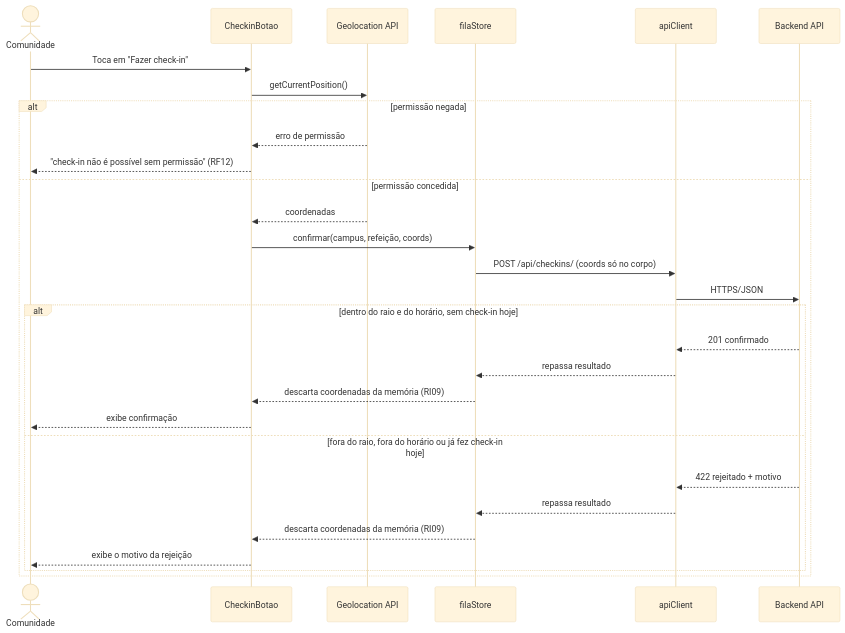
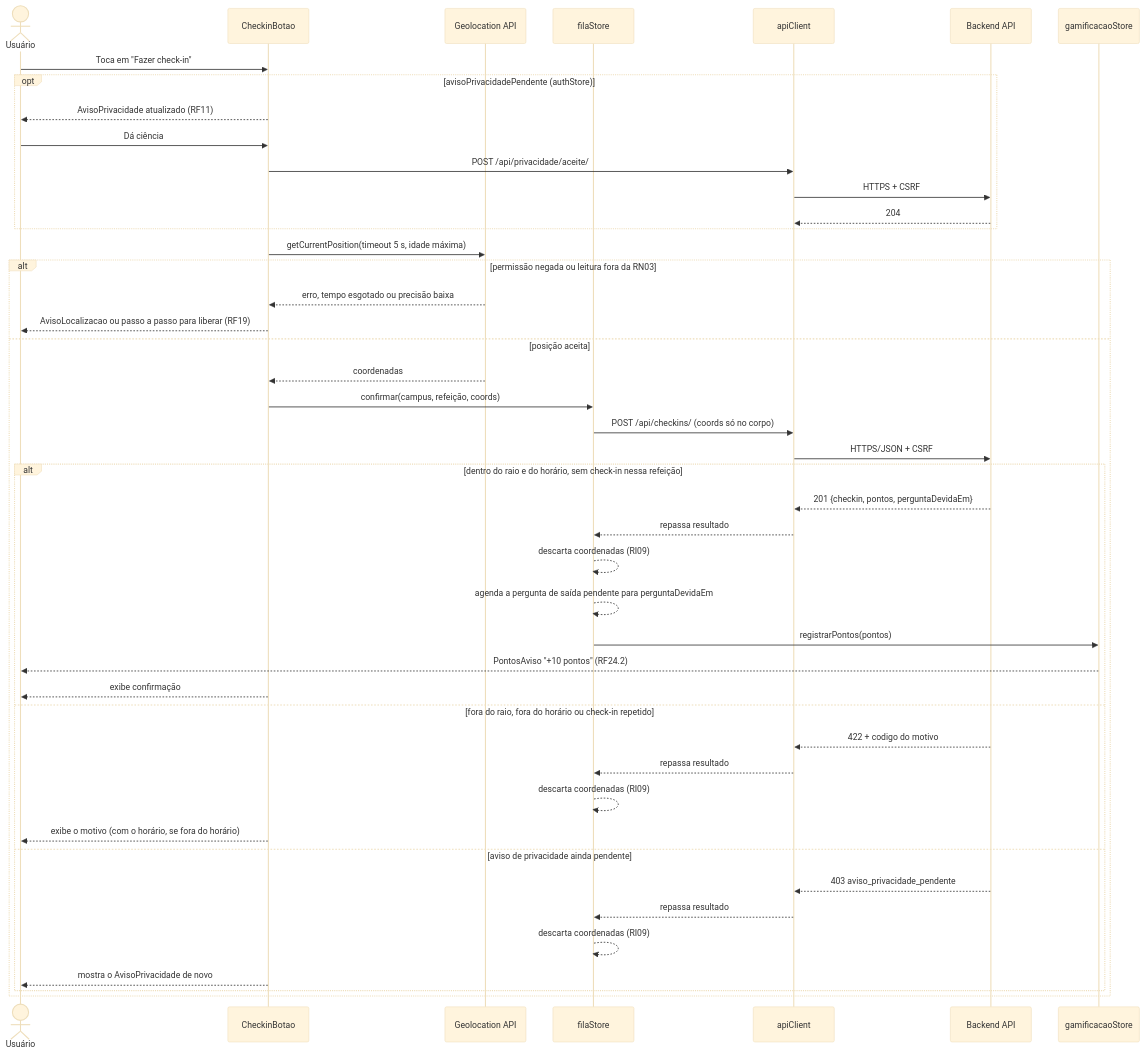
The seventh of 11 diagrams in docs/arquitetura/front-end/c4-niveis-3-4-frontend-bandejao.md (unb-mds/2026-2-Bandejao-UnB), drawn with Mermaid (base theme) before and after one commit. The commit also changed other lines of this file, not shown here.

````diff
--- a/docs/arquitetura/front-end/c4-niveis-3-4-frontend-bandejao.md
+++ b/docs/arquitetura/front-end/c4-niveis-3-4-frontend-bandejao.md
@@ -575,32 +701,48 @@
 ```mermaid
 sequenceDiagram
-  actor U as Comunidade
+  actor U as Usuário
   participant CB as CheckinBotao
   participant GEO as Geolocation API
   participant FS as filaStore
   participant AC as apiClient
   participant BE as Backend API
+  participant GS as gamificacaoStore
 
   U->>CB: Toca em "Fazer check-in"
-  CB->>GEO: getCurrentPosition()
-  alt permissão negada
-    GEO-->>CB: erro de permissão
-    CB-->>U: "check-in não é possível sem permissão" (RF12)
-  else permissão concedida
+  opt avisoPrivacidadePendente (authStore)
+    CB-->>U: AvisoPrivacidade atualizado (RF11)
+    U->>CB: Dá ciência
+    CB->>AC: POST /api/privacidade/aceite/
+    AC->>BE: HTTPS + CSRF
+    BE-->>AC: 204
+  end
+  CB->>GEO: getCurrentPosition(timeout 5 s, idade máxima)
+  alt permissão negada ou leitura fora da RN03
+    GEO-->>CB: erro, tempo esgotado ou precisão baixa
+    CB-->>U: AvisoLocalizacao ou passo a passo para liberar (RF19)
+  else posição aceita
     GEO-->>CB: coordenadas
     CB->>FS: confirmar(campus, refeição, coords)
     FS->>AC: POST /api/checkins/ (coords só no corpo)
-    AC->>BE: HTTPS/JSON
-    alt dentro do raio e do horário, sem check-in hoje
-      BE-->>AC: 201 confirmado
+    AC->>BE: HTTPS/JSON + CSRF
+    alt dentro do raio e do horário, sem check-in nessa refeição
+      BE-->>AC: 201 {checkin, pontos, perguntaDevidaEm}
       AC-->>FS: repassa resultado
-      FS-->>CB: descarta coordenadas da memória (RI09)
+      FS-->>FS: descarta coordenadas (RI09)
+      FS-->>FS: agenda a pergunta de saída pendente para perguntaDevidaEm
+      FS->>GS: registrarPontos(pontos)
+      GS-->>U: PontosAviso "+10 pontos" (RF24.2)
       CB-->>U: exibe confirmação
-    else fora do raio, fora do horário ou já fez check-in hoje
-      BE-->>AC: 422 rejeitado + motivo
+    else fora do raio, fora do horário ou check-in repetido
+      BE-->>AC: 422 + codigo do motivo
       AC-->>FS: repassa resultado
-      FS-->>CB: descarta coordenadas da memória (RI09)
-      CB-->>U: exibe o motivo da rejeição
+      FS-->>FS: descarta coordenadas (RI09)
+      CB-->>U: exibe o motivo (com o horário, se fora do horário)
+    else aviso de privacidade ainda pendente
+      BE-->>AC: 403 aviso_privacidade_pendente
+      AC-->>FS: repassa resultado
+      FS-->>FS: descarta coordenadas (RI09)
+      CB-->>U: mostra o AvisoPrivacidade de novo
     end
   end
 ```
````
